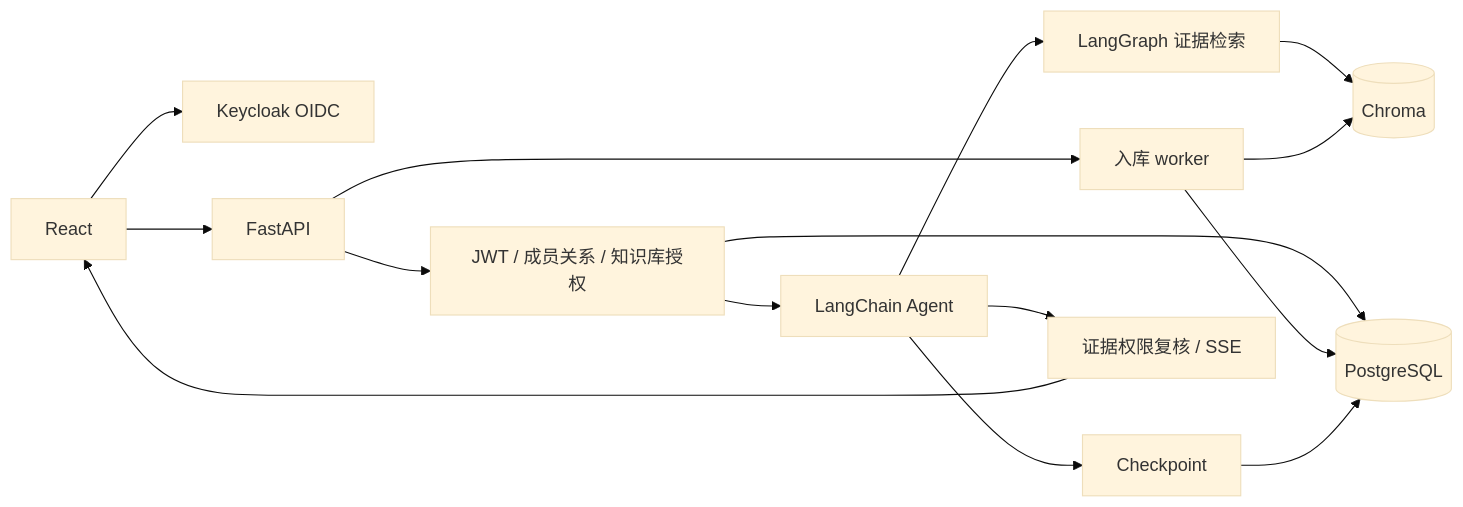
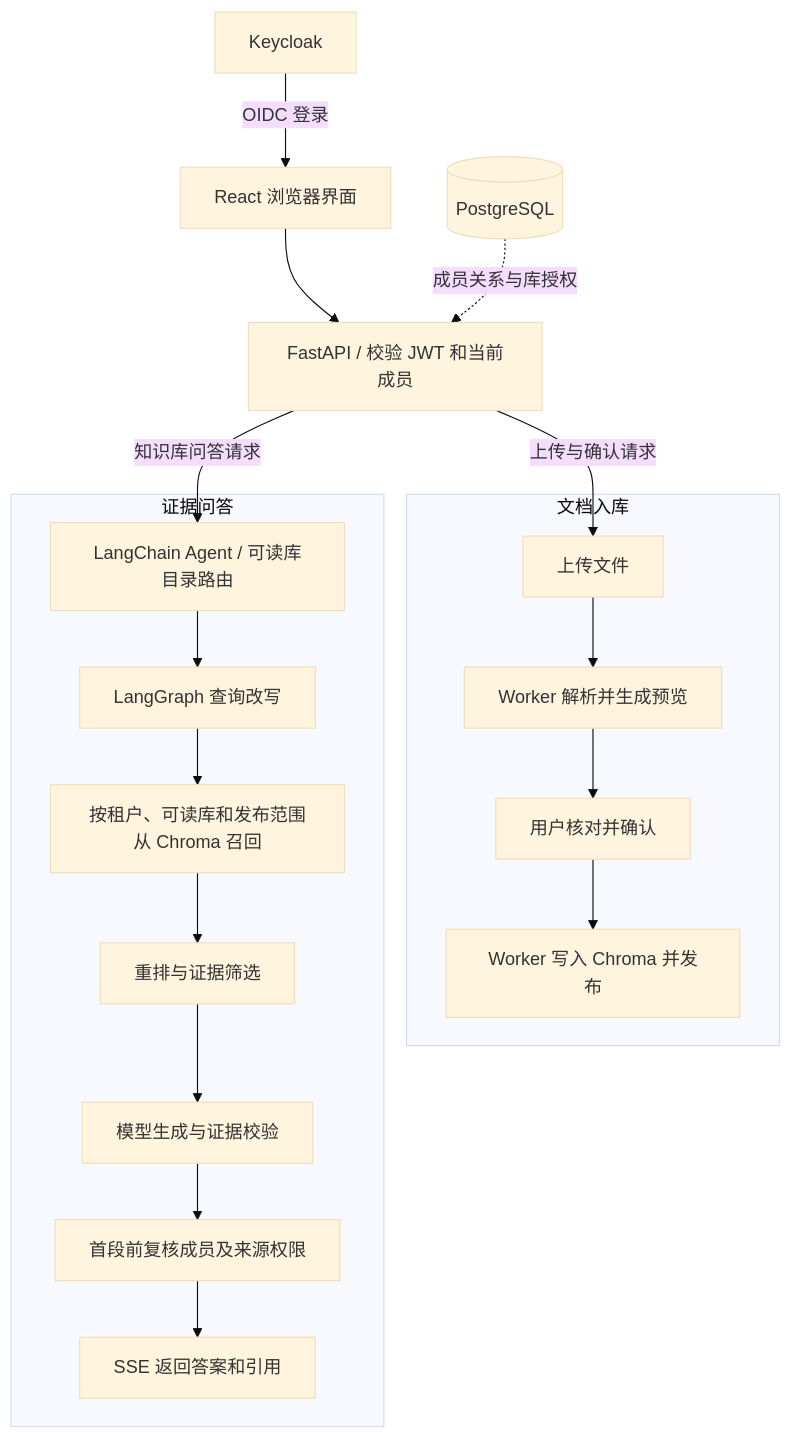
Before and after one commit to JacoryOu/agent-rag-showcase: the diagram in README.md, drawn with Mermaid (base theme). The commit also changed other lines of this file and 6 other files, not shown here.

````diff
--- a/README.md
+++ b/README.md
@@ -31,15 +37,26 @@
 ```mermaid
-flowchart LR
-    UI[React] --> ID[Keycloak OIDC]
-    UI --> API[FastAPI]
-    API --> ACL[JWT / 成员关系 / 知识库授权]
-    ACL --> AG[LangChain Agent]
-    AG --> RAG[LangGraph 证据检索]
-    RAG --> V[(Chroma)]
-    ACL --> PG[(PostgreSQL)]
-    API --> W[入库 worker]
-    W --> V
-    W --> PG
-    AG --> CP[Checkpoint] --> PG
-    AG --> OUT[证据权限复核 / SSE] --> UI
+flowchart TB
+    accTitle: 知识库入库与问答架构
+    accDescr: React 经 Keycloak 登录。FastAPI 校验身份和权限后处理入库或问答。入库先预览和确认。问答先按可读范围召回，输出前复核来源权限。
+    ID[Keycloak] -->|OIDC 登录| UI[React 浏览器界面]
+    UI --> API[FastAPI / 校验 JWT 和当前成员]
+    PG[(PostgreSQL)] -.->|成员关系与库授权| API
+
+    subgraph Ingestion[文档入库]
+        Upload[上传文件] --> Preview[Worker 解析并生成预览]
+        Preview --> Confirm[用户核对并确认]
+        Confirm --> Publish[Worker 写入 Chroma 并发布]
+    end
+
+    subgraph Answering[证据问答]
+        Agent[LangChain Agent / 可读库目录路由] --> Rewrite[LangGraph 查询改写]
+        Rewrite --> Search[按租户、可读库和发布范围从 Chroma 召回]
+        Search --> Rank[重排与证据筛选]
+        Rank --> Draft[模型生成与证据校验]
+        Draft --> Check[首段前复核成员及来源权限]
+        Check --> Output[SSE 返回答案和引用]
+    end
+
+    API -->|上传与确认请求| Upload
+    API -->|知识库问答请求| Agent
 ```
````
